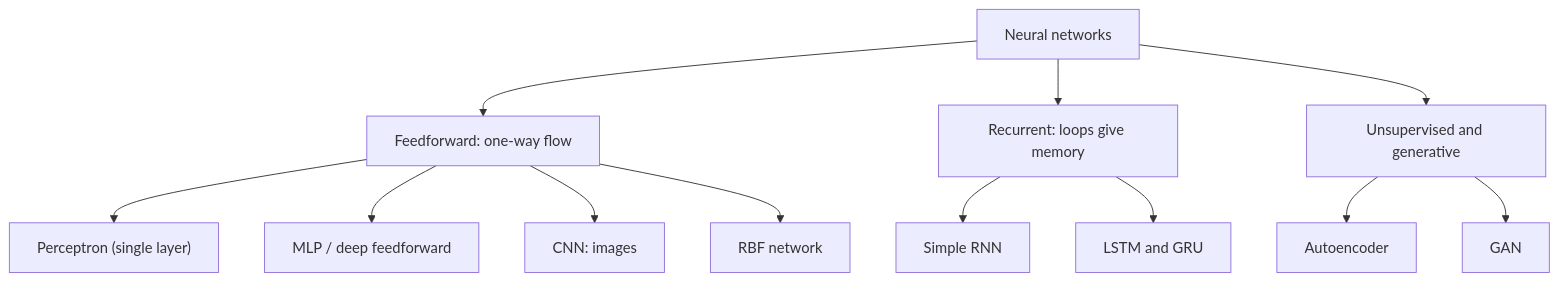
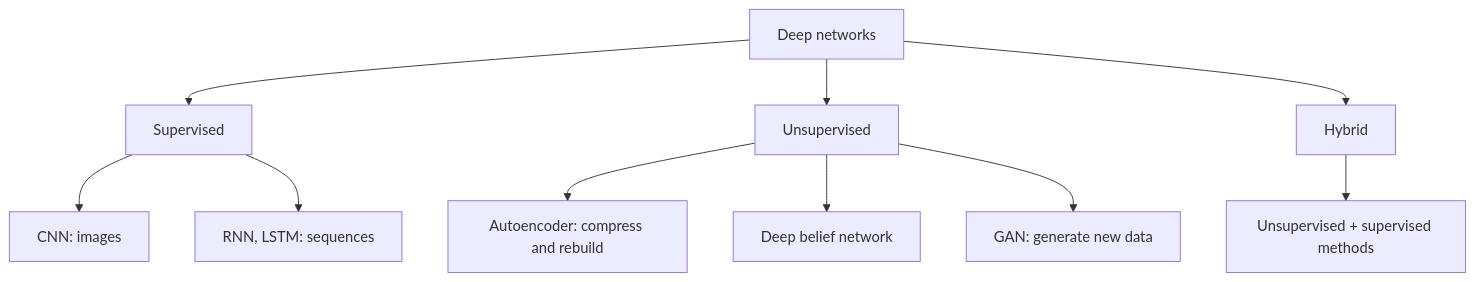
One commit to TrendySloth1001/sem-seven-notes changed the second of 3 diagrams in content/deep-learning/notes/neural-network-types.mdx. Above: the diagram before and after it, drawn with Mermaid. The commit also changed other lines of this file and 168 other files, not shown here.

Commit message:
Rewrite the Module 1, activation, loss and GAN notes and their 25 answers from the teachers' class files. They keep the teacher's definitions, use 80 of their figures with class-notes citations only, and fix the slide errors in the XOR, NAND, loss and KL formulas.

````diff
--- a/content/deep-learning/notes/neural-network-types.mdx
+++ b/content/deep-learning/notes/neural-network-types.mdx
@@ -68,15 +87,13 @@
 ```mermaid
-%% caption: A map of the main types of neural network, grouped by how information flows through them.
+%% caption: The deep network architectures grouped by how they learn.
 flowchart TD
-  NN["Neural networks"] --> FF["Feedforward: one-way flow"]
-  NN --> RC["Recurrent: loops give memory"]
-  NN --> GN["Unsupervised and generative"]
-  FF --> P["Perceptron (single layer)"]
-  FF --> M["MLP / deep feedforward"]
-  FF --> C["CNN: images"]
-  FF --> R["RBF network"]
-  RC --> RN["Simple RNN"]
-  RC --> L["LSTM and GRU"]
-  GN --> A["Autoencoder"]
-  GN --> G["GAN"]
+  A["Deep networks"] --> B["Supervised"]
+  A --> C["Unsupervised"]
+  A --> D["Hybrid"]
+  B --> B1["CNN: images"]
+  B --> B2["RNN, LSTM: sequences"]
+  C --> C1["Autoencoder: compress and rebuild"]
+  C --> C2["Deep belief network"]
+  C --> C3["GAN: generate new data"]
+  D --> D1["Unsupervised + supervised methods"]
 ```
````
